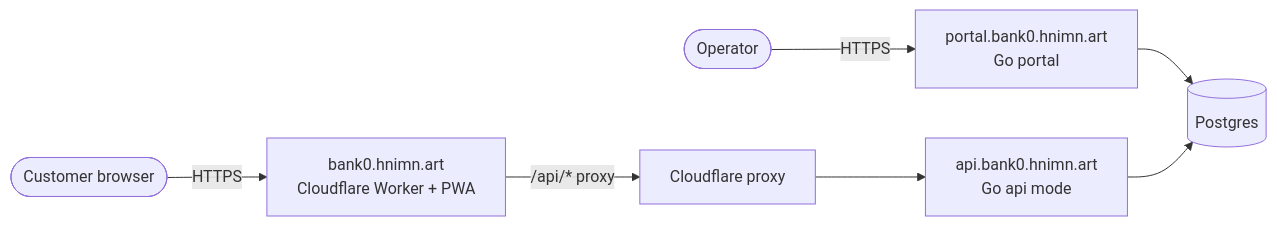
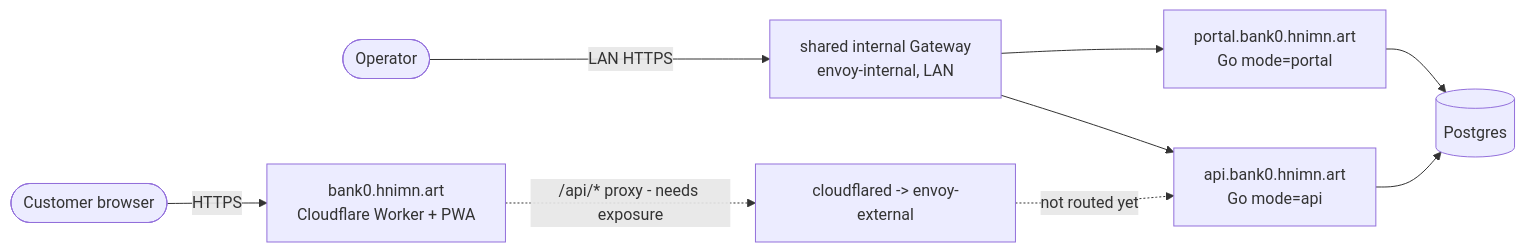
The first of 3 diagrams in docs/04-deployment.md (minhtt159/bank0), drawn with Mermaid before and after one commit. The commit also changed other lines of this file and 4 other files, not shown here.

````diff
--- a/docs/04-deployment.md
+++ b/docs/04-deployment.md
@@ -33,9 +37,11 @@
 ```mermaid
 graph LR
-    Op([Operator]) -->|HTTPS| Portal[portal.bank0.hnimn.art<br/>Go portal]
+    Op([Operator]) -->|LAN HTTPS| GWi["shared internal Gateway<br/>envoy-internal, LAN"]
     Cust([Customer browser]) -->|HTTPS| CFW["bank0.hnimn.art<br/>Cloudflare Worker + PWA"]
-    CFW -->|/api/* proxy| CF[Cloudflare proxy]
-    CF --> API[api.bank0.hnimn.art<br/>Go api mode]
+    CFW -.->|"/api/* proxy - needs exposure"| GWx["cloudflared -> envoy-external"]
+    GWx -.not routed yet.-> API
+    GWi --> Portal["portal.bank0.hnimn.art<br/>Go mode=portal"]
+    GWi --> API["api.bank0.hnimn.art<br/>Go mode=api"]
     Portal --> PG[(Postgres)]
     API --> PG
 ```
````
